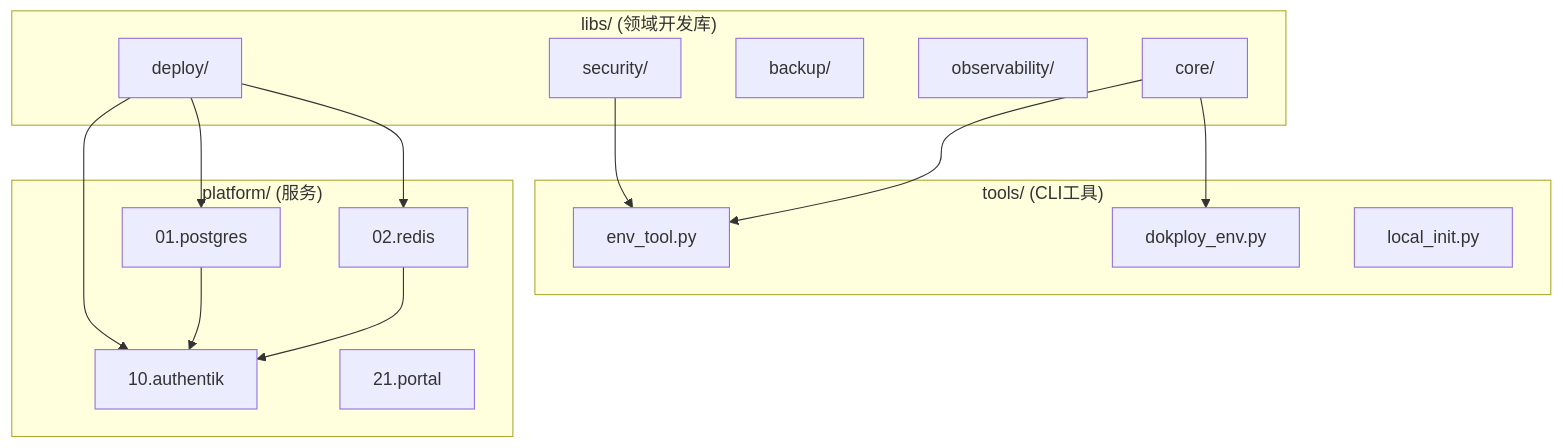
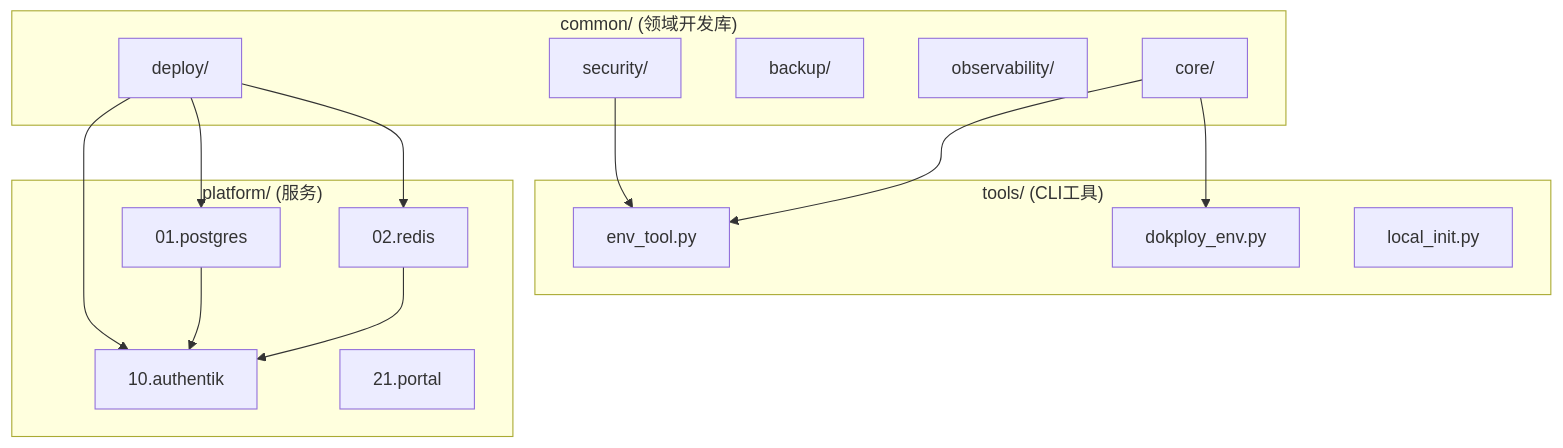
The diagram in docs/ssot/platform.automation.md (wangzitian0/infra2), drawn with Mermaid before and after one commit. The commit also changed other lines of this file and 749 other files, not shown here.

First line of the commit message:
refactor(common,tools,sdk): relocate libs into common, enforce M4/M6 SSOT boundaries, and bump infra2-sdk to v3.8.2 (#1270) (#1293)

````diff
--- a/docs/ssot/platform.automation.md
+++ b/docs/ssot/platform.automation.md
@@ -31,32 +31,32 @@
 ```mermaid
 flowchart TB
-    subgraph Libs["libs/ (领域开发库)"]
+    subgraph Libs["common/ (领域开发库)"]
         Core[core/]
         Security[security/]
         Backup[backup/]
         Observability[observability/]
         Deploy[deploy/]
     end
     
     subgraph Tools["tools/ (CLI工具)"]
         EnvTool[env_tool.py]
         DokployEnv[dokploy_env.py]
         LocalInit[local_init.py]
     end
     
     subgraph Platform["platform/ (服务)"]
         PG[01.postgres]
         RD[02.redis]
         AUTH[10.authentik]
         PORTAL[21.portal]
     end
     
     Deploy --> PG
     Deploy --> RD
     Deploy --> AUTH
     Security --> EnvTool
     Core --> EnvTool
     Core --> DokployEnv
     PG --> AUTH
     RD --> AUTH
 ```
````
